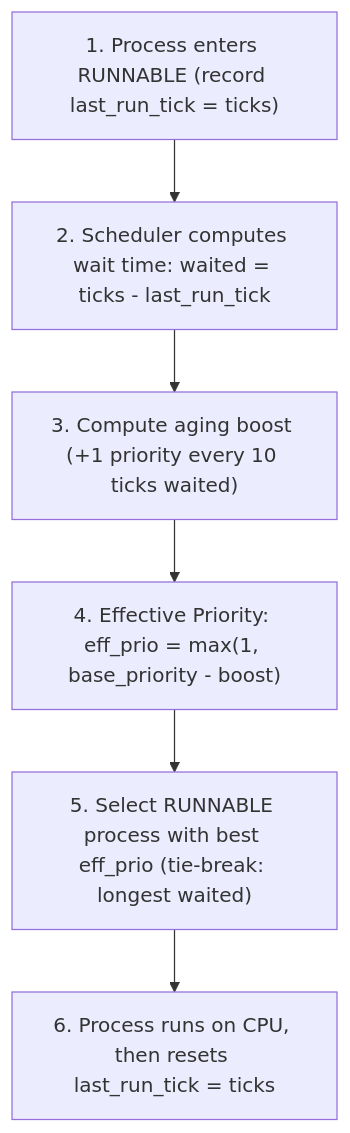
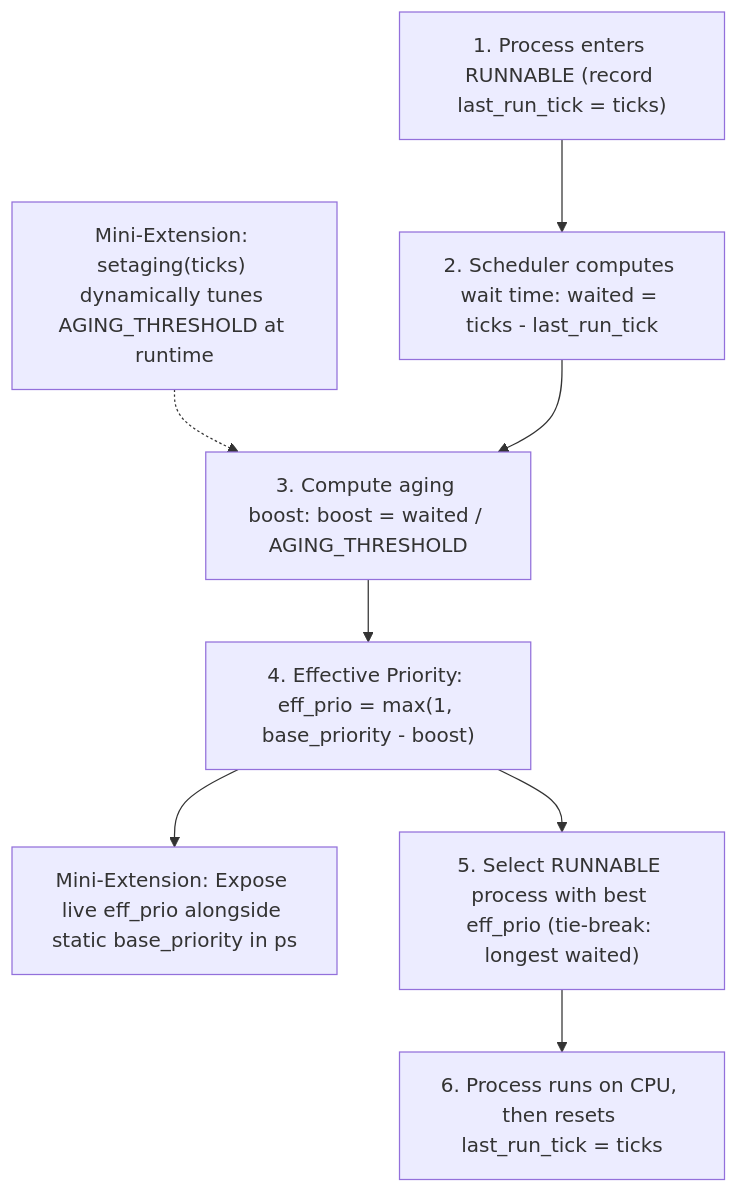
One commit to asbahkhan67-ctrl/xv6-riscv changed the tenth of 21 diagrams in README.md. Above: the diagram before and after it, drawn with Mermaid. The commit also changed other lines of this file, not shown here.

````diff
--- a/README.md
+++ b/README.md
@@ -473,8 +526,10 @@
 ```mermaid
 flowchart TD
+    CFG["Mini-Extension: setaging(ticks) dynamically tunes AGING_THRESHOLD at runtime"] -.-> C
     A["1. Process enters RUNNABLE (record last_run_tick = ticks)"] --> B["2. Scheduler computes wait time: waited = ticks - last_run_tick"]
-    B --> C["3. Compute aging boost (+1 priority every 10 ticks waited)"]
+    B --> C["3. Compute aging boost: boost = waited / AGING_THRESHOLD"]
     C --> D["4. Effective Priority: eff_prio = max(1, base_priority - boost)"]
+    D --> EXP["Mini-Extension: Expose live eff_prio alongside static base_priority in ps"]
     D --> E["5. Select RUNNABLE process with best eff_prio (tie-break: longest waited)"]
     E --> F["6. Process runs on CPU, then resets last_run_tick = ticks"]
 ```
````
